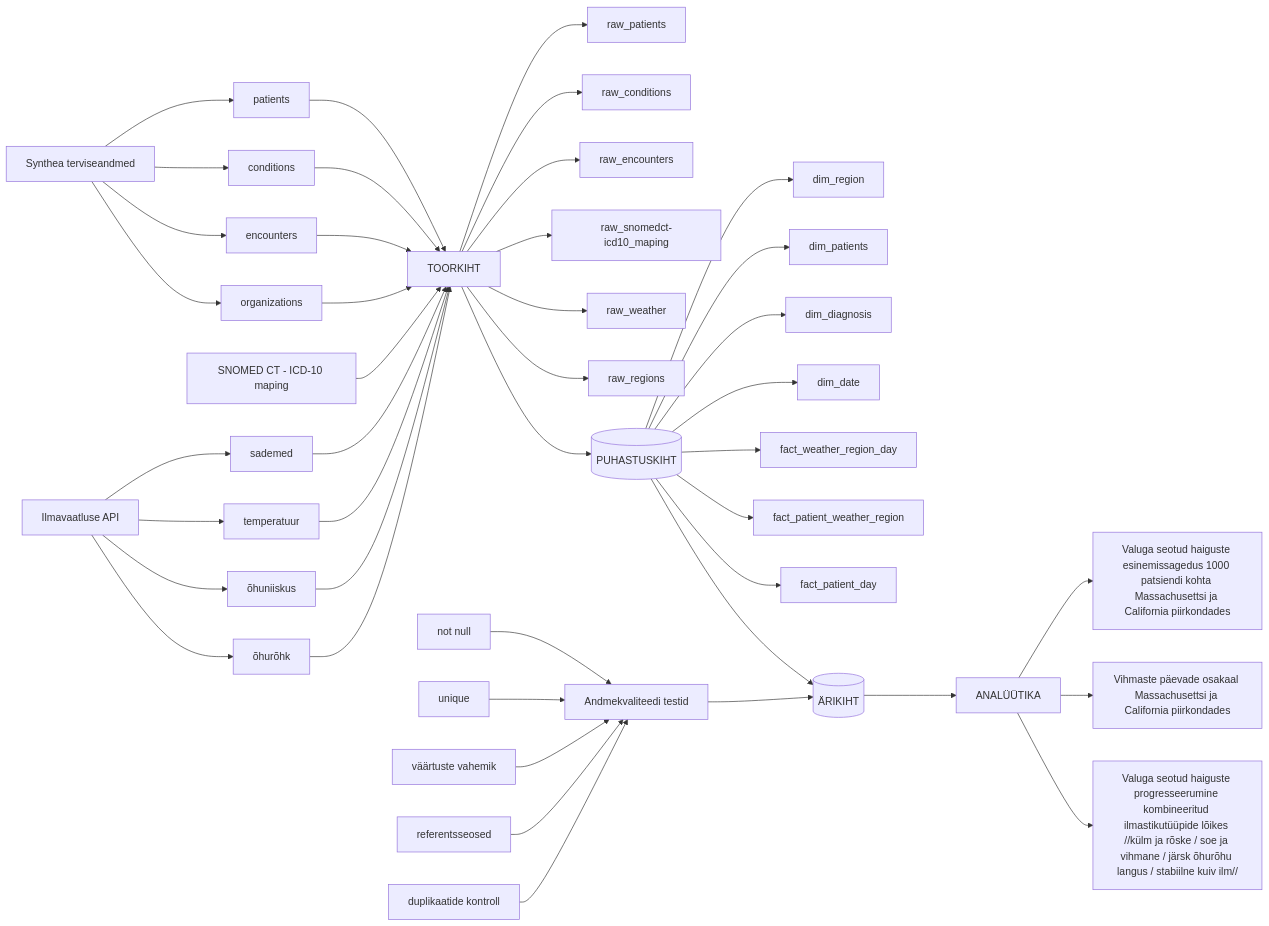
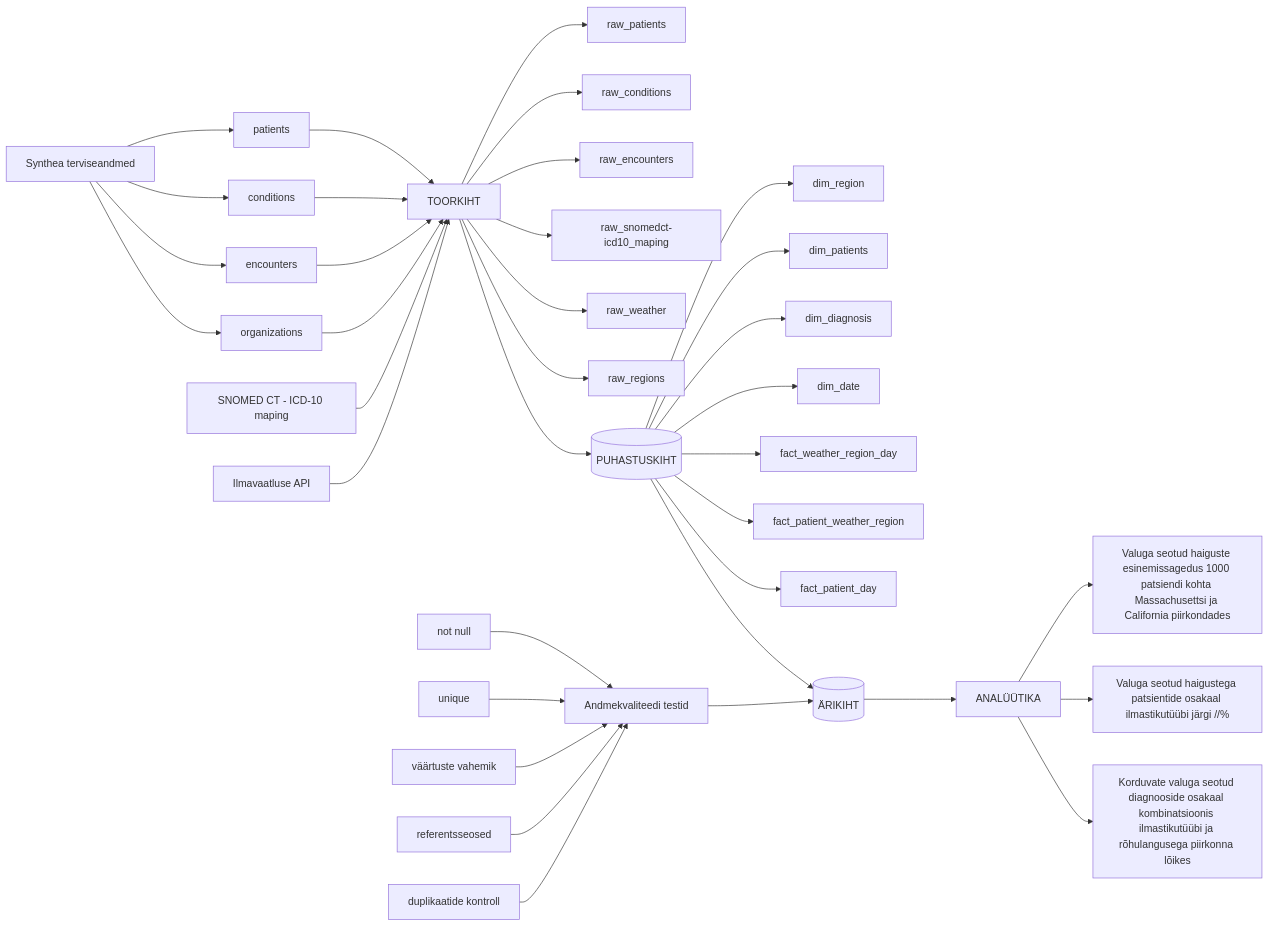
The second of 3 diagrams in docs/arhitektuur.md (sergeierbin/weather-disease-correlation), drawn with Mermaid before and after one commit. The commit also changed other lines of this file and 4 other files, not shown here.

```diff
--- a/docs/arhitektuur.md
+++ b/docs/arhitektuur.md
@@ -57,20 +57,12 @@
     B1[SNOMED CT - ICD-10 maping]
 
     C[Ilmavaatluse API]
-    C1[sademed]
-    C2[temperatuur]
-    C3[õhuniiskus]
-    C4[õhurõhk]
-
+   
     A --> A1
     A --> A2
     A --> A3
     A --> A4
 
-    C --> C1
-    C --> C2
-    C --> C3
-    C --> C4
 
     %% =========================
     %% TOORKIHT / PRONKS KIHT
@@ -82,10 +74,7 @@
     A3 --> D
     A4 --> D
     B1 --> D
-    C1 --> D
-    C2 --> D
-    C3 --> D
-    C4 --> D
+    C --> D
 
     D1[raw_patients]
     D2[raw_conditions]
@@ -156,8 +145,8 @@
     %% =========================
     H[ANALÜÜTIKA]
     H1[Valuga seotud haiguste esinemissagedus 1000 patsiendi kohta Massachusettsi ja California piirkondades]
-    H2[Vihmaste päevade osakaal Massachusettsi ja California piirkondades]
-    H3[Valuga seotud haiguste progresseerumine kombineeritud ilmastikutüüpide lõikes //külm ja rõske / soe ja vihmane / järsk õhurõhu langus / stabiilne kuiv ilm//]
+    H2[Valuga seotud haigustega patsientide osakaal ilmastikutüübi järgi //%]
+    H3[Korduvate valuga seotud diagnooside osakaal kombinatsioonis ilmastikutüübi ja rõhulangusega piirkonna lõikes]
 
     H --> H1
     H --> H2
```
